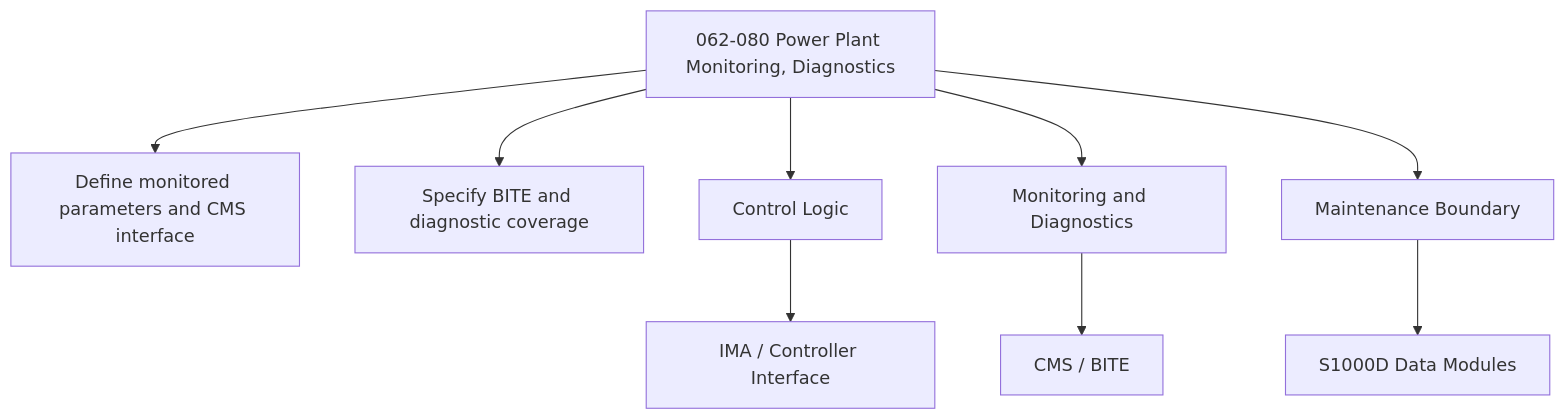
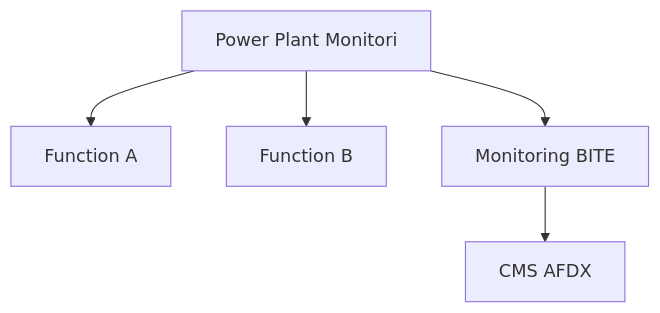
One commit to AmedeoPelliccia/Qplus-For-All-Queer-People-and-Quantum changed the second of 2 diagrams in Q+ATLANTIDE/000-099_ATLAS/060-069_Propulsion-Tradicional/062_Power-Plant/062-080-Power-Plant-Monitoring-Diagnostics-and-Control-Interfaces.md. Above: the diagram before and after it, drawn with Mermaid. The commit also changed other lines of this file and 74 other files, not shown here.

````diff
--- a/Q+ATLANTIDE/000-099_ATLAS/060-069_Propulsion-Tradicional/062_Power-Plant/062-080-Power-Plant-Monitoring-Diagnostics-and-Control-Interfaces.md
+++ b/Q+ATLANTIDE/000-099_ATLAS/060-069_Propulsion-Tradicional/062_Power-Plant/062-080-Power-Plant-Monitoring-Diagnostics-and-Control-Interfaces.md
@@ -172,11 +96,7 @@
 ```mermaid
 flowchart TB
-    SYS[062-080 Power Plant Monitoring, Diagnostics] --> F1[Define monitored parameters and CMS interface]
-    SYS --> F2[Specify BITE and diagnostic coverage]
-    SYS --> CTRL[Control Logic]
-    SYS --> MON[Monitoring and Diagnostics]
-    SYS --> MAINT[Maintenance Boundary]
-    CTRL --> IMA[IMA / Controller Interface]
-    MON --> CMS[CMS / BITE]
-    MAINT --> CSDB[S1000D Data Modules]
+    SYS[Power Plant Monitori] --> F1[Function A]
+    SYS --> F2[Function B]
+    SYS --> MON[Monitoring BITE]
+    MON --> CMS[CMS AFDX]
 ```
````
